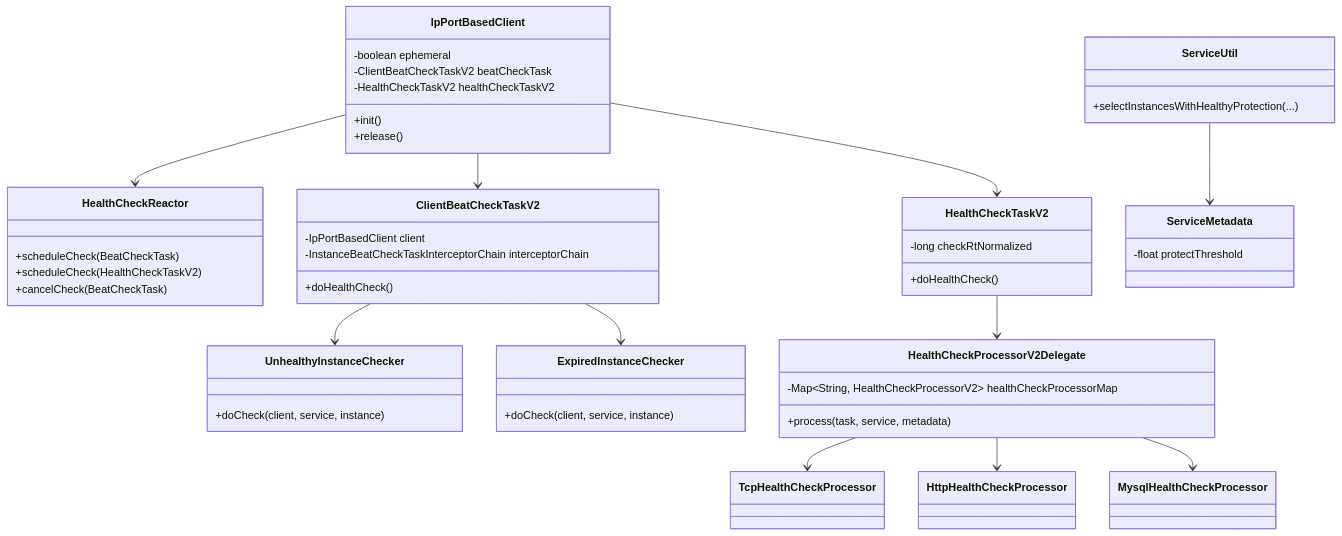
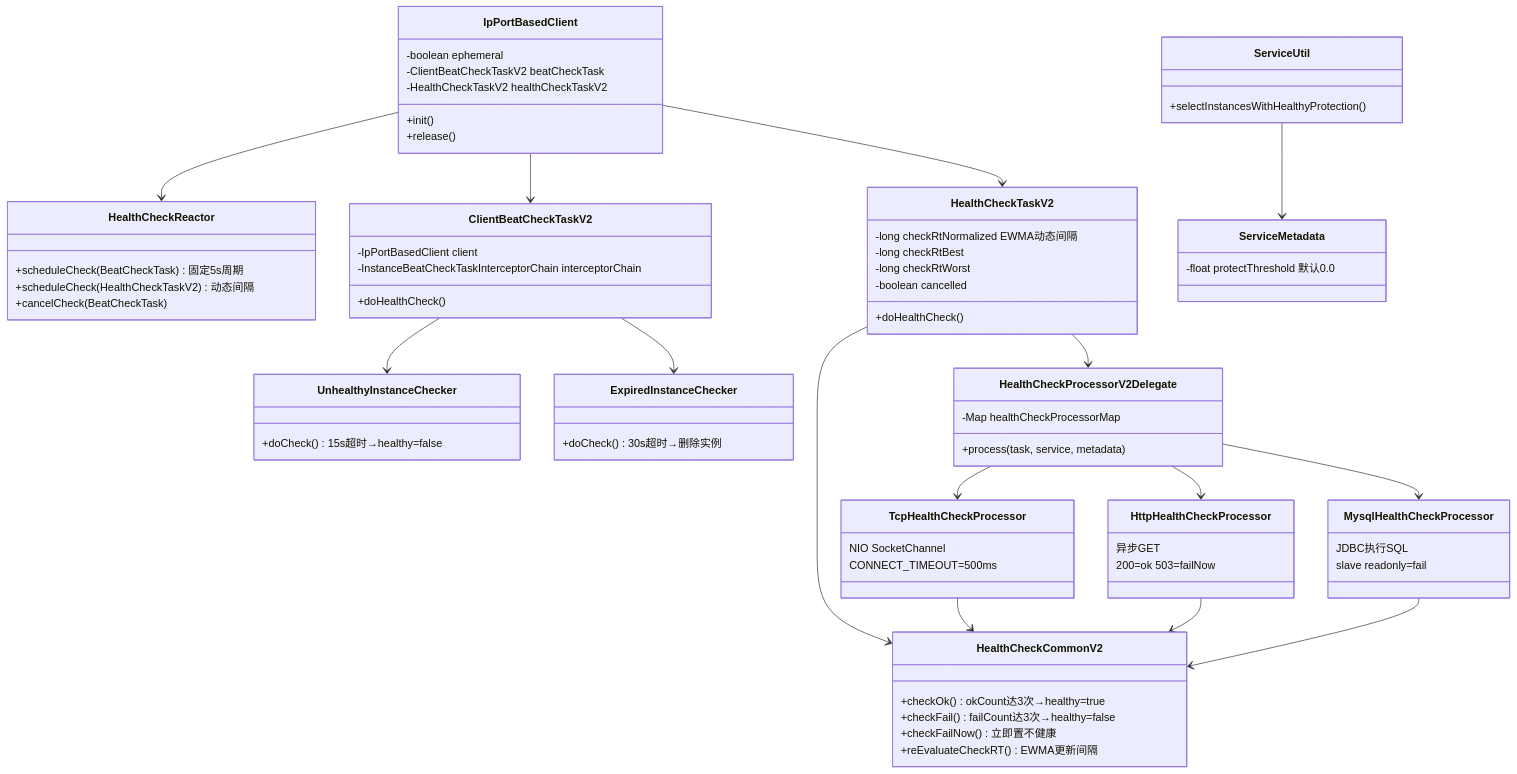
One commit to LoveEleve/nacos-2.2.0 changed the sixth of 6 diagrams in doc/md/08-health-check-mechanism.md. Above: the diagram before and after it, drawn with Mermaid. The commit also changed other lines of this file and 14 other files, not shown here.

````diff
--- a/doc/md/08-health-check-mechanism.md
+++ b/doc/md/08-health-check-mechanism.md
@@ -299,8 +464,8 @@
     }
 
     class HealthCheckReactor {
-      +scheduleCheck(BeatCheckTask)
-      +scheduleCheck(HealthCheckTaskV2)
+      +scheduleCheck(BeatCheckTask) 固定5s周期
+      +scheduleCheck(HealthCheckTaskV2) 动态间隔
       +cancelCheck(BeatCheckTask)
     }
 
@@ -311,33 +476,52 @@
     }
 
     class UnhealthyInstanceChecker {
-      +doCheck(client, service, instance)
+      +doCheck() 15s超时→healthy=false
     }
 
     class ExpiredInstanceChecker {
-      +doCheck(client, service, instance)
+      +doCheck() 30s超时→删除实例
     }
 
     class HealthCheckTaskV2 {
-      -long checkRtNormalized
+      -long checkRtNormalized EWMA动态间隔
+      -long checkRtBest
+      -long checkRtWorst
+      -boolean cancelled
       +doHealthCheck()
     }
 
+    class HealthCheckCommonV2 {
+      +checkOk() okCount达3次→healthy=true
+      +checkFail() failCount达3次→healthy=false
+      +checkFailNow() 立即置不健康
+      +reEvaluateCheckRT() EWMA更新间隔
+    }
+
     class HealthCheckProcessorV2Delegate {
-      -Map~String, HealthCheckProcessorV2~ healthCheckProcessorMap
+      -Map healthCheckProcessorMap
       +process(task, service, metadata)
     }
 
-    class TcpHealthCheckProcessor
-    class HttpHealthCheckProcessor
-    class MysqlHealthCheckProcessor
+    class TcpHealthCheckProcessor {
+      NIO SocketChannel
+      CONNECT_TIMEOUT=500ms
+    }
+    class HttpHealthCheckProcessor {
+      异步GET
+      200=ok 503=failNow
+    }
+    class MysqlHealthCheckProcessor {
+      JDBC执行SQL
+      slave readonly=fail
+    }
 
     class ServiceUtil {
-      +selectInstancesWithHealthyProtection(...)
+      +selectInstancesWithHealthyProtection()
     }
 
     class ServiceMetadata {
-      -float protectThreshold
+      -float protectThreshold 默认0.0
     }
 
     IpPortBasedClient --> HealthCheckReactor
@@ -346,8 +530,12 @@
     ClientBeatCheckTaskV2 --> UnhealthyInstanceChecker
     ClientBeatCheckTaskV2 --> ExpiredInstanceChecker
     HealthCheckTaskV2 --> HealthCheckProcessorV2Delegate
+    HealthCheckTaskV2 --> HealthCheckCommonV2
     HealthCheckProcessorV2Delegate --> TcpHealthCheckProcessor
     HealthCheckProcessorV2Delegate --> HttpHealthCheckProcessor
     HealthCheckProcessorV2Delegate --> MysqlHealthCheckProcessor
+    TcpHealthCheckProcessor --> HealthCheckCommonV2
+    HttpHealthCheckProcessor --> HealthCheckCommonV2
+    MysqlHealthCheckProcessor --> HealthCheckCommonV2
     ServiceUtil --> ServiceMetadata
 ```
````
